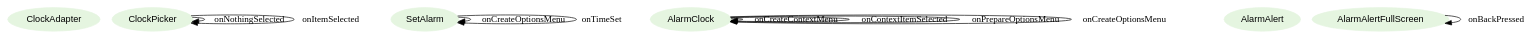
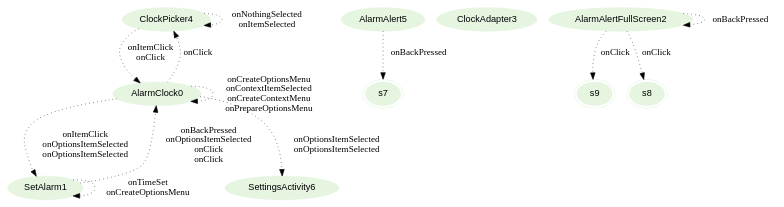
One commit to hans89/astparser changed the diagram in graphviz/AlarmClock.gv. Above: the diagram before and after it, drawn with Graphviz. The commit also changed 9 other files, not shown here.

Commit message:
Close-to-complete parsing. Can now generate a considerably meaning graph, although with some defects

```diff
--- a/graphviz/AlarmClock.gv
+++ b/graphviz/AlarmClock.gv
@@ -1,19 +1,38 @@
 digraph {
 fontname="Helvetica";
 node[style=filled, fontname="Helvetica", colorscheme=greens3, color=1];
-ClockAdapter;
-ClockPicker;
-SetAlarm;
-AlarmClock;
-AlarmAlert;
-AlarmAlertFullScreen;
-AlarmClock -> AlarmClock[label="onCreateContextMenu"];
-SetAlarm -> SetAlarm[label="onCreateOptionsMenu"];
-SetAlarm -> SetAlarm[label="onTimeSet"];
-ClockPicker -> ClockPicker[label="onNothingSelected"];
-AlarmClock -> AlarmClock[label="onContextItemSelected"];
-AlarmClock -> AlarmClock[label="onPrepareOptionsMenu"];
-ClockPicker -> ClockPicker[label="onItemSelected"];
-AlarmClock -> AlarmClock[label="onCreateOptionsMenu"];
-AlarmAlertFullScreen -> AlarmAlertFullScreen[label="onBackPressed"];
+ClockPicker4;
+s7[peripheries=2];
+ClockAdapter3;
+SetAlarm1;
+SettingsActivity6;
+AlarmAlert5;
+s9[peripheries=2];
+AlarmClock0;
+s8[peripheries=2];
+AlarmAlertFullScreen2;
+ClockPicker4 -> ClockPicker4[label="onNothingSelected
+onItemSelected",style=dotted];
+ClockPicker4 -> AlarmClock0[label="onItemClick
+onClick",style=dotted];
+SetAlarm1 -> SetAlarm1[label="onTimeSet
+onCreateOptionsMenu",style=dotted];
+SetAlarm1 -> AlarmClock0[label="onBackPressed
+onOptionsItemSelected
+onClick
+onClick",style=dotted];
+AlarmAlert5 -> s7[label="onBackPressed",style=dotted];
+AlarmClock0 -> ClockPicker4[label="onClick",style=dotted];
+AlarmClock0 -> SetAlarm1[label="onItemClick
+onOptionsItemSelected
+onOptionsItemSelected",style=dotted];
+AlarmClock0 -> SettingsActivity6[label="onOptionsItemSelected
+onOptionsItemSelected",style=dotted];
+AlarmClock0 -> AlarmClock0[label="onCreateOptionsMenu
+onContextItemSelected
+onCreateContextMenu
+onPrepareOptionsMenu",style=dotted];
+AlarmAlertFullScreen2 -> s9[label="onClick",style=dotted];
+AlarmAlertFullScreen2 -> AlarmAlertFullScreen2[label="onBackPressed",style=dotted];
+AlarmAlertFullScreen2 -> s8[label="onClick",style=dotted];
 }
```
